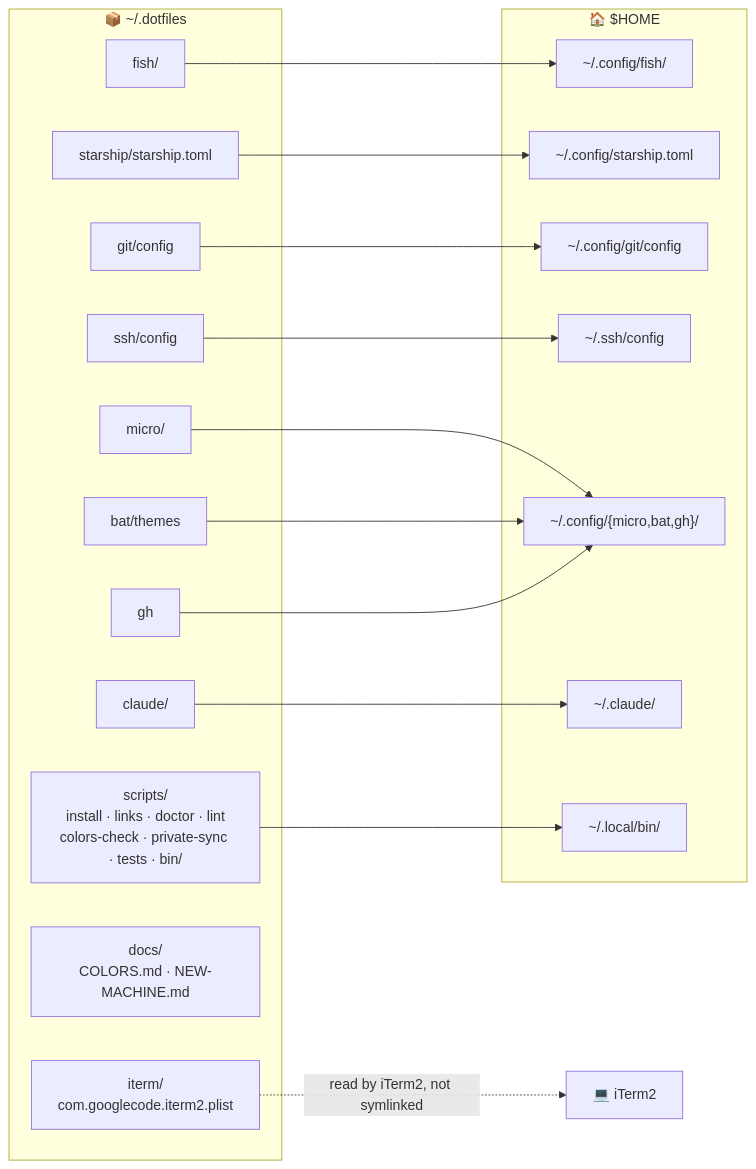
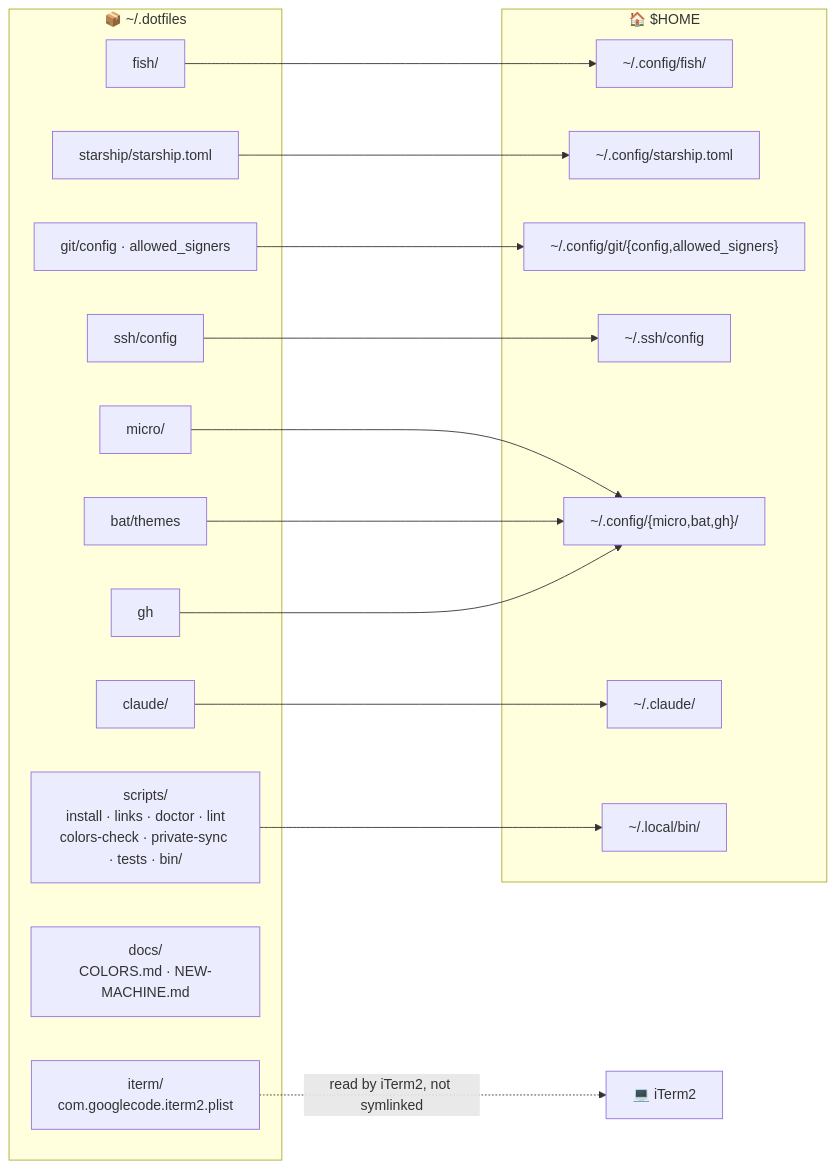
The first of 4 diagrams in README.md (sergio-santiago/.dotfiles), drawn with Mermaid before and after one commit. The commit also changed other lines of this file and 5 other files, not shown here.

````diff
--- a/README.md
+++ b/README.md
@@ -121,35 +121,35 @@
 ```mermaid
 flowchart LR
     subgraph repo["📦 ~/.dotfiles"]
         fish["fish/"]
         starship["starship/starship.toml"]
-        gitc["git/config"]
+        gitc["git/config · allowed_signers"]
         ssh["ssh/config"]
         micro["micro/"]
         bat["bat/themes"]
         claude["claude/"]
         misc["gh"]
         scripts["scripts/<br/>install · links · doctor · lint<br/>colors-check · private-sync · tests · bin/"]
         docs["docs/<br/>COLORS.md · NEW-MACHINE.md"]
         iterm["iterm/<br/>com.googlecode.iterm2.plist"]
     end
     subgraph home["🏠 $HOME"]
         cfgfish["~/.config/fish/"]
         cfgstar["~/.config/starship.toml"]
-        cfggit["~/.config/git/config"]
+        cfggit["~/.config/git/{config,allowed_signers}"]
         sshcfg["~/.ssh/config"]
         cfgmisc["~/.config/{micro,bat,gh}/"]
         dotclaude["~/.claude/"]
         localbin["~/.local/bin/"]
     end
     fish --> cfgfish
     starship --> cfgstar
     gitc --> cfggit
     ssh --> sshcfg
     micro --> cfgmisc
     bat --> cfgmisc
     misc --> cfgmisc
     claude --> dotclaude
     scripts --> localbin
     iterm -.->|"read by iTerm2, not symlinked"| app["💻 iTerm2"]
 ```
````
